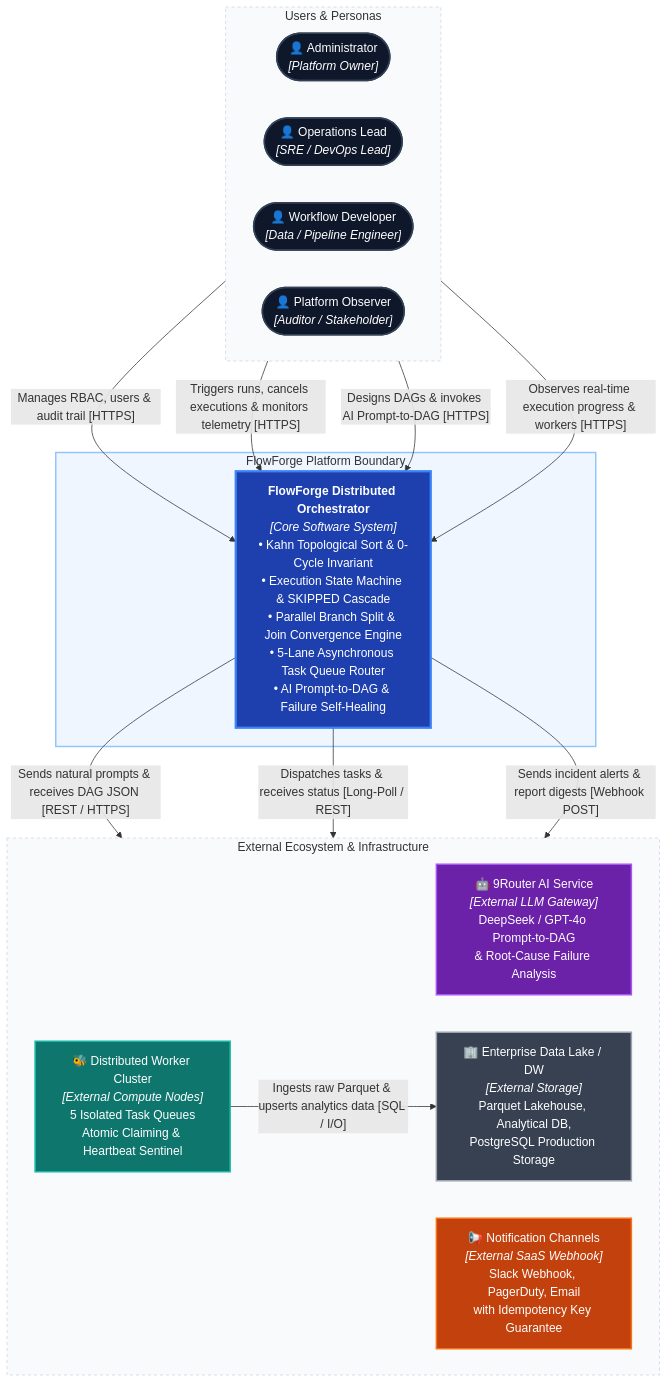
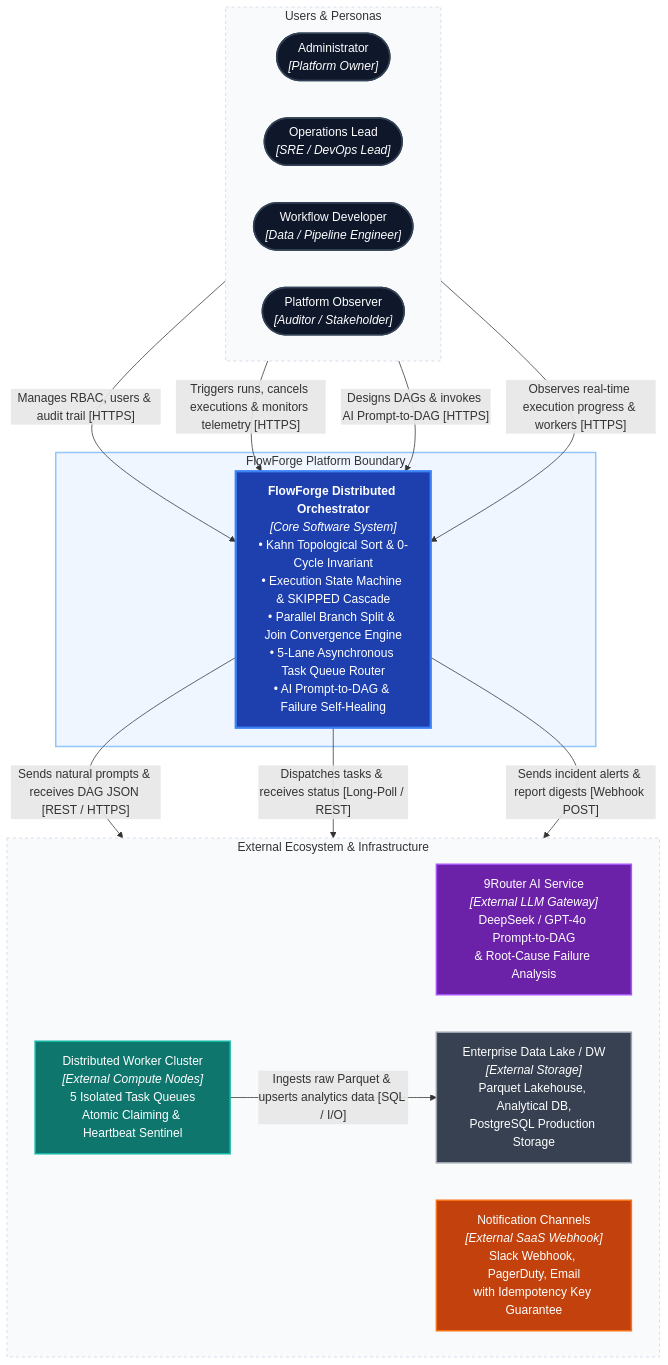
The second of 11 diagrams in README.md (AnCoder1310/FlowForge), drawn with Mermaid before and after one commit. The commit also changed other lines of this file and 28 other files, not shown here.

Commit message:
feat: complete FlowForge production-ready DAG engine, conditional branching, visual studio, and fix dashboard metrics anti-jitter

````diff
--- a/README.md
+++ b/README.md
@@ -169,43 +169,43 @@
 ```mermaid
 flowchart TB
     subgraph actors["Users & Personas"]
         direction LR
-        admin(["👤 Administrator<br/><i>[Platform Owner]</i>"]):::actor
-        operator(["👤 Operations Lead<br/><i>[SRE / DevOps Lead]</i>"]):::actor
-        dev(["👤 Workflow Developer<br/><i>[Data / Pipeline Engineer]</i>"]):::actor
-        viewer(["👤 Platform Observer<br/><i>[Auditor / Stakeholder]</i>"]):::actor
+        admin(["Administrator<br/><i>[Platform Owner]</i>"]):::actor
+        operator(["Operations Lead<br/><i>[SRE / DevOps Lead]</i>"]):::actor
+        dev(["Workflow Developer<br/><i>[Data / Pipeline Engineer]</i>"]):::actor
+        viewer(["Platform Observer<br/><i>[Auditor / Stakeholder]</i>"]):::actor
     end
 
     subgraph platformBoundary["FlowForge Platform Boundary"]
         flowforge["<b>FlowForge Distributed Orchestrator</b><br/><i>[Core Software System]</i><br/>• Kahn Topological Sort & 0-Cycle Invariant<br/>• Execution State Machine & SKIPPED Cascade<br/>• Parallel Branch Split & Join Convergence Engine<br/>• 5-Lane Asynchronous Task Queue Router<br/>• AI Prompt-to-DAG & Failure Self-Healing"]:::platform
     end
 
     subgraph externals["External Ecosystem & Infrastructure"]
         direction LR
-        aiGateway["🤖 9Router AI Service<br/><i>[External LLM Gateway]</i><br/>DeepSeek / GPT-4o Prompt-to-DAG<br/>& Root-Cause Failure Analysis"]:::aiExternal
-        workerNodes["🐝 Distributed Worker Cluster<br/><i>[External Compute Nodes]</i><br/>5 Isolated Task Queues<br/>Atomic Claiming & Heartbeat Sentinel"]:::workerExternal
-        slackNotify["📢 Notification Channels<br/><i>[External SaaS Webhook]</i><br/>Slack Webhook, PagerDuty, Email<br/>with Idempotency Key Guarantee"]:::notifyExternal
-        dataStorage["🏢 Enterprise Data Lake / DW<br/><i>[External Storage]</i><br/>Parquet Lakehouse, Analytical DB,<br/>PostgreSQL Production Storage"]:::storageExternal
+        aiGateway["9Router AI Service<br/><i>[External LLM Gateway]</i><br/>DeepSeek / GPT-4o Prompt-to-DAG<br/>& Root-Cause Failure Analysis"]:::aiExternal
+        workerNodes["Distributed Worker Cluster<br/><i>[External Compute Nodes]</i><br/>5 Isolated Task Queues<br/>Atomic Claiming & Heartbeat Sentinel"]:::workerExternal
+        slackNotify["Notification Channels<br/><i>[External SaaS Webhook]</i><br/>Slack Webhook, PagerDuty, Email<br/>with Idempotency Key Guarantee"]:::notifyExternal
+        dataStorage["Enterprise Data Lake / DW<br/><i>[External Storage]</i><br/>Parquet Lakehouse, Analytical DB,<br/>PostgreSQL Production Storage"]:::storageExternal
     end
 
     admin -- "Manages RBAC, users & audit trail [HTTPS]" --> flowforge
     operator -- "Triggers runs, cancels executions & monitors telemetry [HTTPS]" --> flowforge
     dev -- "Designs DAGs & invokes AI Prompt-to-DAG [HTTPS]" --> flowforge
     viewer -- "Observes real-time execution progress & workers [HTTPS]" --> flowforge
 
     flowforge -- "Sends natural prompts & receives DAG JSON [REST / HTTPS]" --> aiGateway
     flowforge -- "Dispatches tasks & receives status [Long-Poll / REST]" --> workerNodes
     flowforge -- "Sends incident alerts & report digests [Webhook POST]" --> slackNotify
     workerNodes -- "Ingests raw Parquet & upserts analytics data [SQL / I/O]" --> dataStorage
 
     classDef actor fill:#0f172a,color:#fff,stroke:#334155,stroke-width:2px;
     classDef platform fill:#1e40af,color:#fff,stroke:#3b82f6,stroke-width:3px;
     classDef aiExternal fill:#6b21a8,color:#fff,stroke:#a855f7,stroke-width:2px;
     classDef workerExternal fill:#0f766e,color:#fff,stroke:#14b8a6,stroke-width:2px;
     classDef notifyExternal fill:#c2410c,color:#fff,stroke:#f97316,stroke-width:2px;
     classDef storageExternal fill:#374151,color:#fff,stroke:#9ca3af,stroke-width:2px;
 
     style actors fill:#f8fafc,stroke:#cbd5e1,stroke-dasharray:4 4
     style platformBoundary fill:#eff6ff,stroke:#93c5fd,stroke-width:2px
     style externals fill:#f8fafc,stroke:#cbd5e1,stroke-dasharray:4 4
 ```
````
